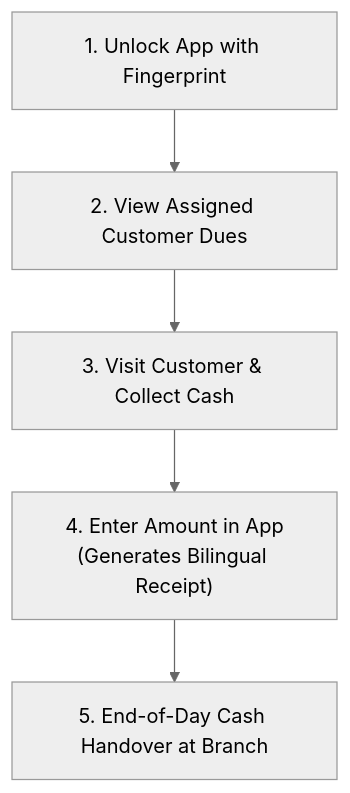
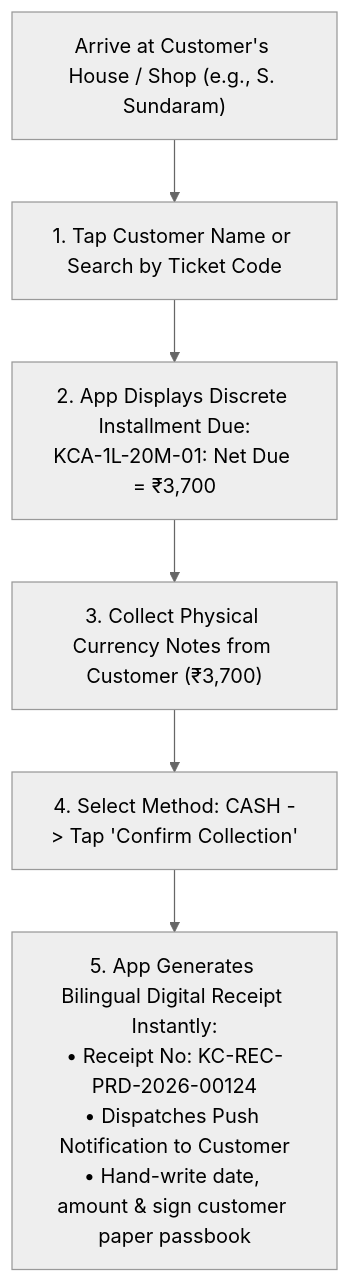
The fourth of 8 diagrams in docs/07-operations/user-manuals/agent-mobile-manual.md (Kathir-24/Kumaran-finance), drawn with Mermaid (neutral theme) before and after one commit. The commit also changed other lines of this file and 8 other files, not shown here.

First line of the commit message:
﻿docs(manuals): author dedicated 6-persona operational manual suite with action flow diagrams

````diff
--- a/docs/07-operations/user-manuals/agent-mobile-manual.md
+++ b/docs/07-operations/user-manuals/agent-mobile-manual.md
@@ -28,7 +96,8 @@
 ```mermaid
 flowchart TD
-    Login["1. Unlock App with Fingerprint"] --> View["2. View Assigned Customer Dues"]
-    View --> Visit["3. Visit Customer & Collect Cash"]
-    Visit --> Record["4. Enter Amount in App\n(Generates Bilingual Receipt)"]
-    Record --> Handover["5. End-of-Day Cash Handover at Branch"]
+    ArriveCust["Arrive at Customer's House / Shop (e.g., S. Sundaram)"] --> Search["1. Tap Customer Name or Search by Ticket Code"]
+    Search --> CheckDue["2. App Displays Discrete Installment Due:\nKCA-1L-20M-01: Net Due = ₹3,700"]
+    CheckDue --> TakeCash["3. Collect Physical Currency Notes from Customer (₹3,700)"]
+    TakeCash --> Record["4. Select Method: CASH -> Tap 'Confirm Collection'"]
+    Record --> Receipt["5. App Generates Bilingual Digital Receipt Instantly:\n• Receipt No: KC-REC-PRD-2026-00124\n• Dispatches Push Notification to Customer\n• Hand-write date, amount & sign customer paper passbook"]
 ```
````
